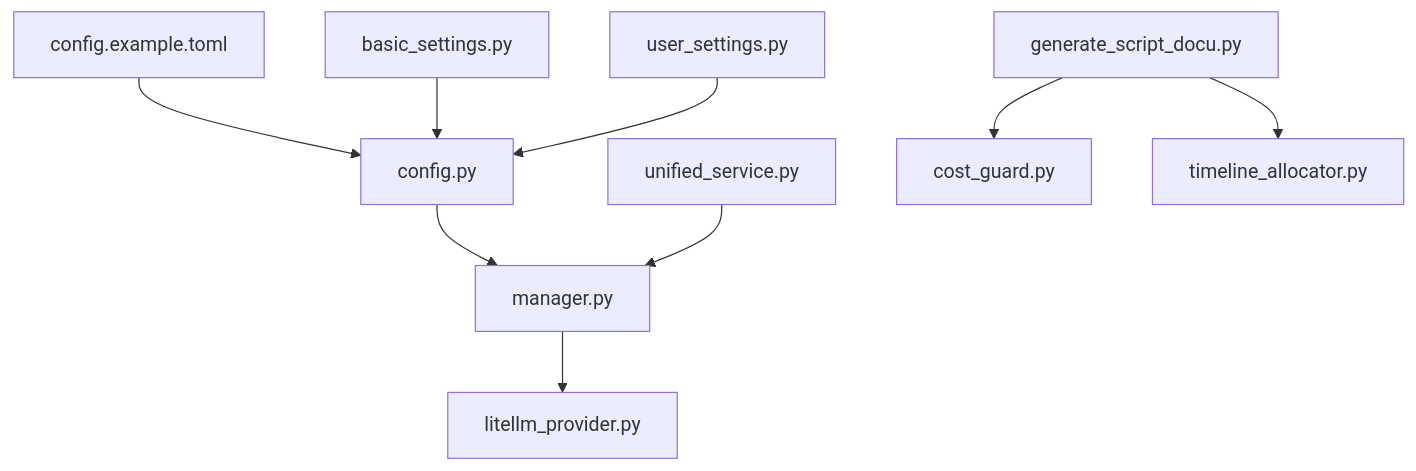
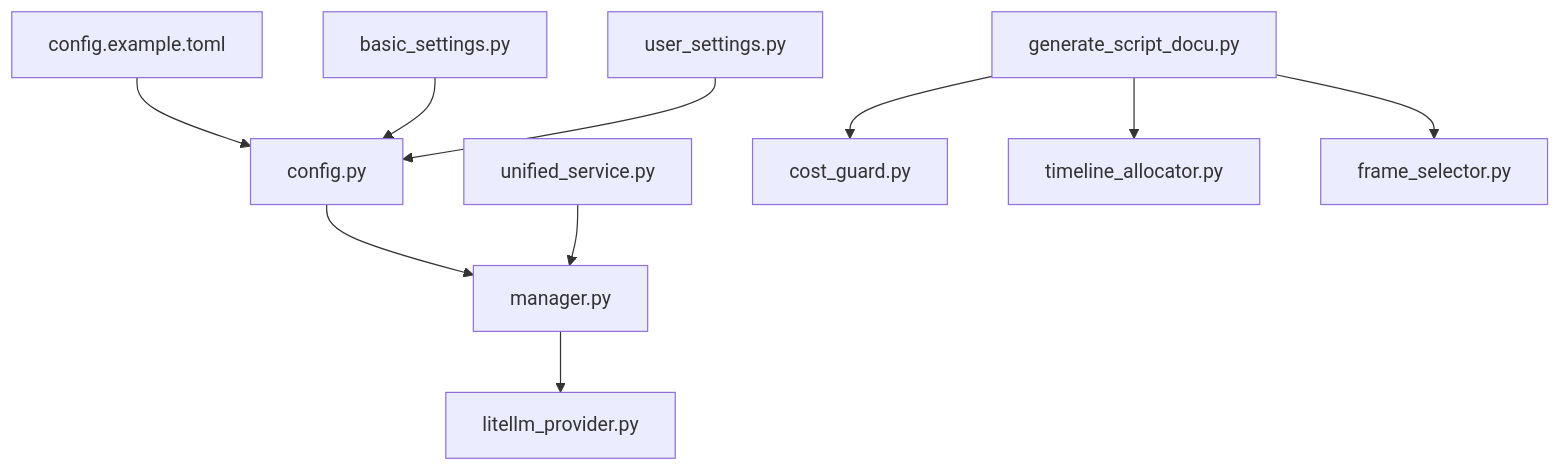
The sixth of 6 diagrams in .qoder/repowiki/zh/content/API参考/成本控制API.md (wowoduang/AIVideoClaude), drawn with Mermaid before and after one commit. The commit also changed other lines of this file and 26 other files, not shown here.

````diff
--- a/.qoder/repowiki/zh/content/API参考/成本控制API.md
+++ b/.qoder/repowiki/zh/content/API参考/成本控制API.md
@@ -301,11 +336,12 @@
 ```mermaid
 graph TB
 CFG["config.py"] --> MGR["manager.py"]
 TOML["config.example.toml"] --> CFG
 MGR --> LIT["litellm_provider.py"]
 US["unified_service.py"] --> MGR
 GSD["generate_script_docu.py"] --> CG["cost_guard.py"]
 GSD --> TL["timeline_allocator.py"]
+GSD --> FS["frame_selector.py"]
 BS["basic_settings.py"] --> CFG
 USET["user_settings.py"] --> CFG
 ```
````
